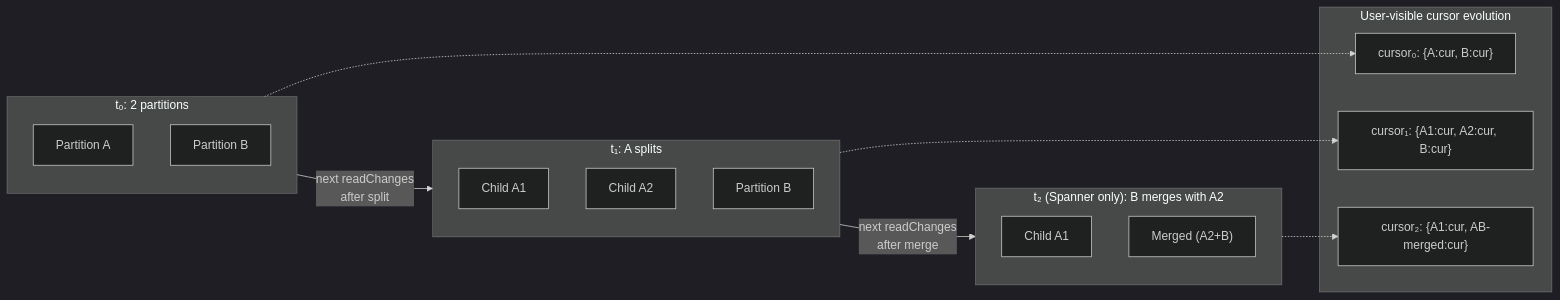
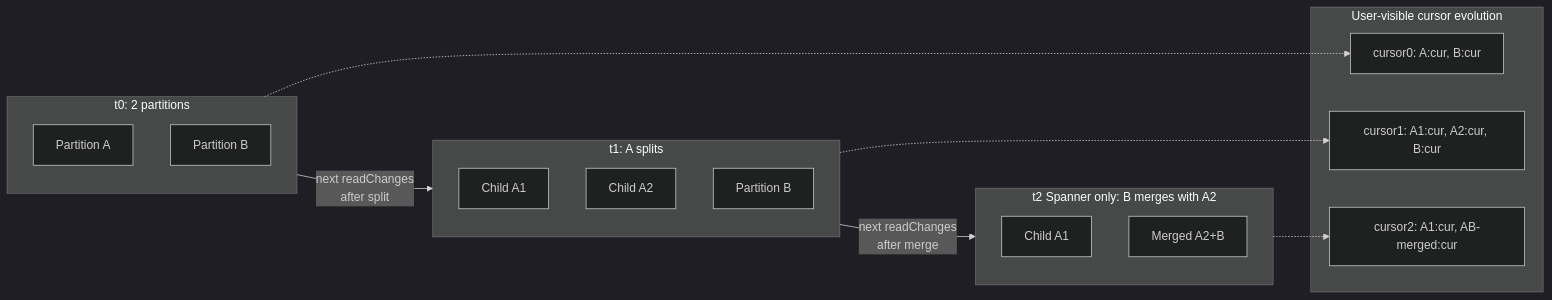
The second of 2 diagrams in docs/research/scalable-change-feed-api.md (allenkim0129/multiclouddb-sdk-for-java), drawn with Mermaid (dark theme) before and after one commit. The commit also changed other lines of this file, not shown here.

````diff
--- a/docs/research/scalable-change-feed-api.md
+++ b/docs/research/scalable-change-feed-api.md
@@ -346,27 +209,27 @@
 ```mermaid
 flowchart LR
-    subgraph T0["t₀: 2 partitions"]
+    subgraph T0["t0: 2 partitions"]
         P1["Partition A"]
         P2["Partition B"]
     end
-    subgraph T1["t₁: A splits"]
+    subgraph T1["t1: A splits"]
         A1["Child A1"]
         A2["Child A2"]
         B["Partition B"]
     end
-    subgraph T2["t₂ (Spanner only): B merges with A2"]
+    subgraph T2["t2 Spanner only: B merges with A2"]
         A1b["Child A1"]
-        M["Merged (A2+B)"]
+        M["Merged A2+B"]
     end
     T0 -->|next readChanges<br/>after split| T1
     T1 -->|next readChanges<br/>after merge| T2
 
     subgraph U["User-visible cursor evolution"]
-        C0["cursor₀: {A:cur, B:cur}"]
-        C1["cursor₁: {A1:cur, A2:cur, B:cur}"]
-        C2["cursor₂: {A1:cur, AB-merged:cur}"]
+        C0["cursor0: A:cur, B:cur"]
+        C1["cursor1: A1:cur, A2:cur, B:cur"]
+        C2["cursor2: A1:cur, AB-merged:cur"]
     end
     T0 -.-> C0
     T1 -.-> C1
     T2 -.-> C2
 ```
````
